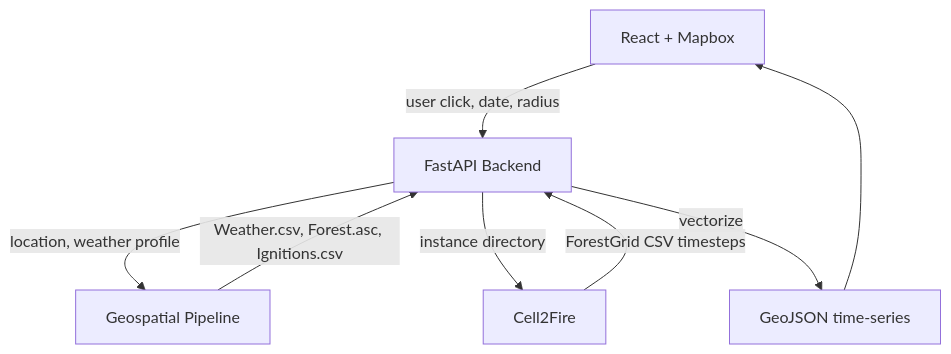
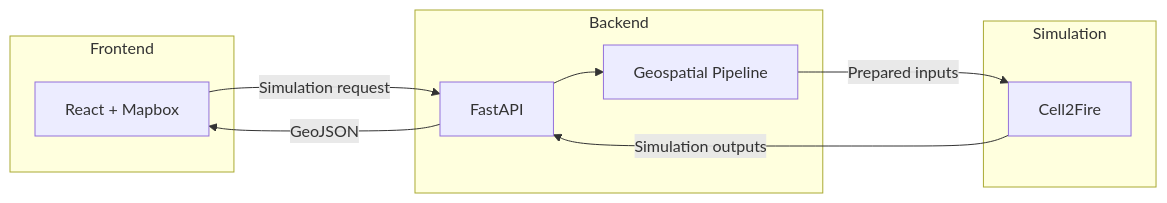
The diagram in README.md (MyTran-GitHub/fuego-gis-pipeline), drawn with Mermaid before and after one commit.

Commit message:
update mermaid diagram

````diff
--- a/README.md
+++ b/README.md
@@ -18,10 +18,21 @@
 ```mermaid
-flowchart TD
-    A[React + Mapbox] -->|user click, date, radius| B[FastAPI Backend]
-    B -->|location, weather profile| C[Geospatial Pipeline]
-    C -->|Weather.csv, Forest.asc, Ignitions.csv| B
-    B -->|instance directory| D[Cell2Fire]
-    D -->|ForestGrid CSV timesteps| B
-    B -->|vectorize| E[GeoJSON time-series]
-    E --> A
+flowchart LR
+    subgraph Frontend
+        A["React + Mapbox"]
+    end
+
+    subgraph Backend
+        B["FastAPI"]
+        C["Geospatial Pipeline"]
+    end
+
+    subgraph Simulation
+        D["Cell2Fire"]
+    end
+
+    A -->|"Simulation request"| B
+    B --> C
+    C -->|"Prepared inputs"| D
+    D -->|"Simulation outputs"| B
+    B -->|"GeoJSON"| A
 ```
````
